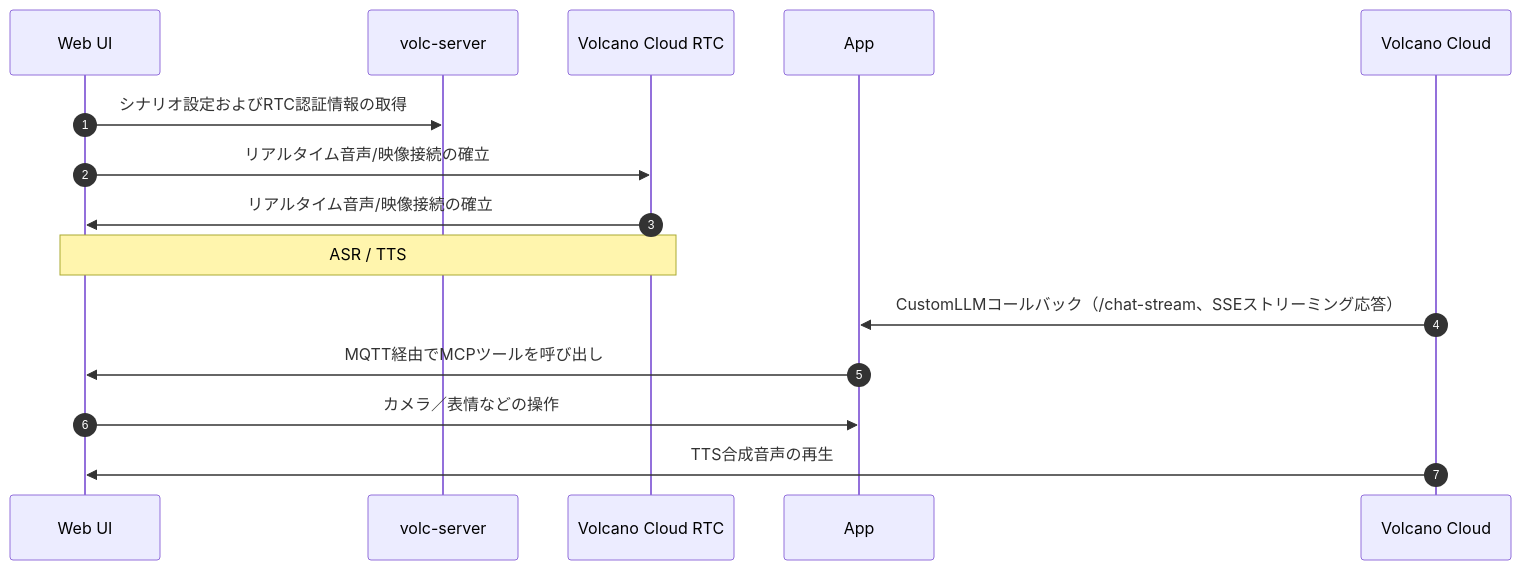
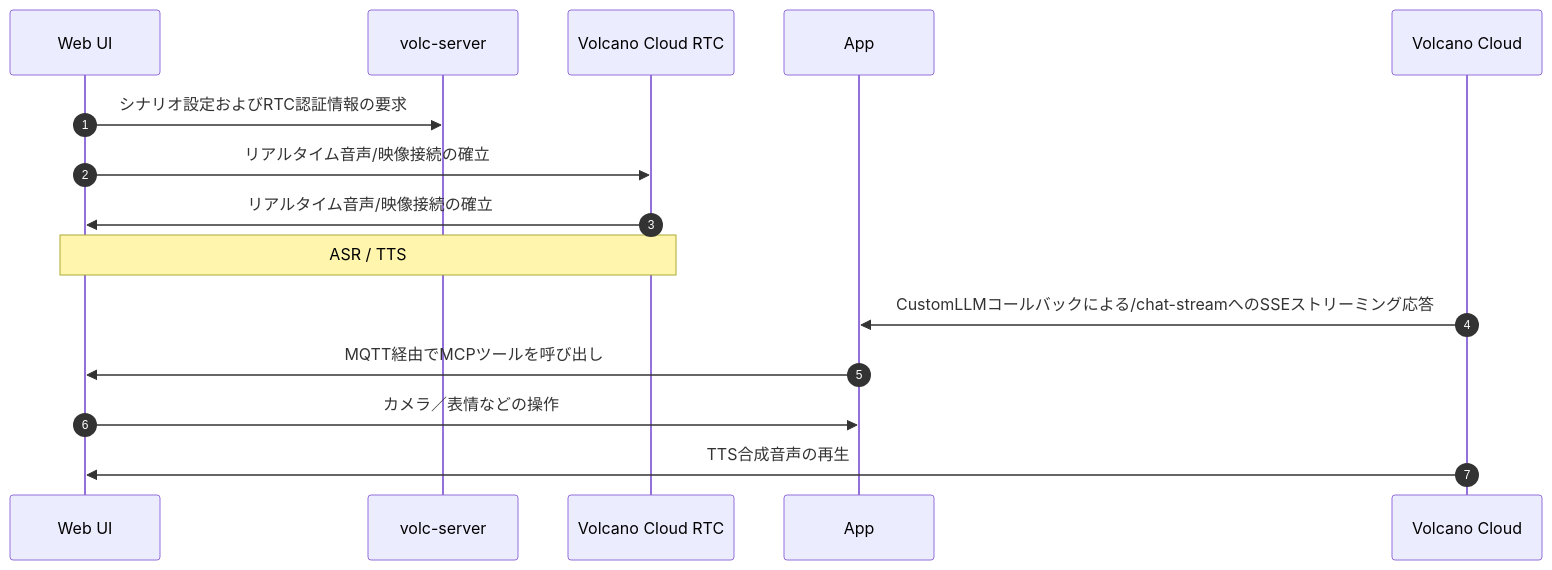
Before and after one commit to emqx/emqx-docs: the diagram in ja_JP/develop/emqx-ai/rtc-services/volcengine-rtc/quick-start.md, drawn with Mermaid. The commit also changed other lines of this file and 378 other files, not shown here.

````diff
--- a/ja_JP/develop/emqx-ai/rtc-services/volcengine-rtc/quick-start.md
+++ b/ja_JP/develop/emqx-ai/rtc-services/volcengine-rtc/quick-start.md
@@ -21,22 +21,23 @@
 ```mermaid
 sequenceDiagram
     autonumber
     participant WebUI as Web UI
     participant Volc as volc-server
     participant RTC as Volcano Cloud RTC
     participant App as App
     participant Cloud as Volcano Cloud
 
-    WebUI ->> Volc: シナリオ設定およびRTC認証情報の取得
+    WebUI ->> Volc: シナリオ設定およびRTC認証情報の要求
 
     WebUI ->> RTC: リアルタイム音声/映像接続の確立
     RTC ->> WebUI: リアルタイム音声/映像接続の確立
     note over WebUI, RTC: ASR / TTS
 
-    Cloud ->> App: CustomLLMコールバック（/chat-stream、SSEストリーミング応答）
+    Cloud ->> App: CustomLLMコールバックによる/chat-streamへのSSEストリーミング応答
 
     App ->> WebUI: MQTT経由でMCPツールを呼び出し
     WebUI ->> App: カメラ／表情などの操作
 
     Cloud ->> WebUI: TTS合成音声の再生
+
 ```
````
